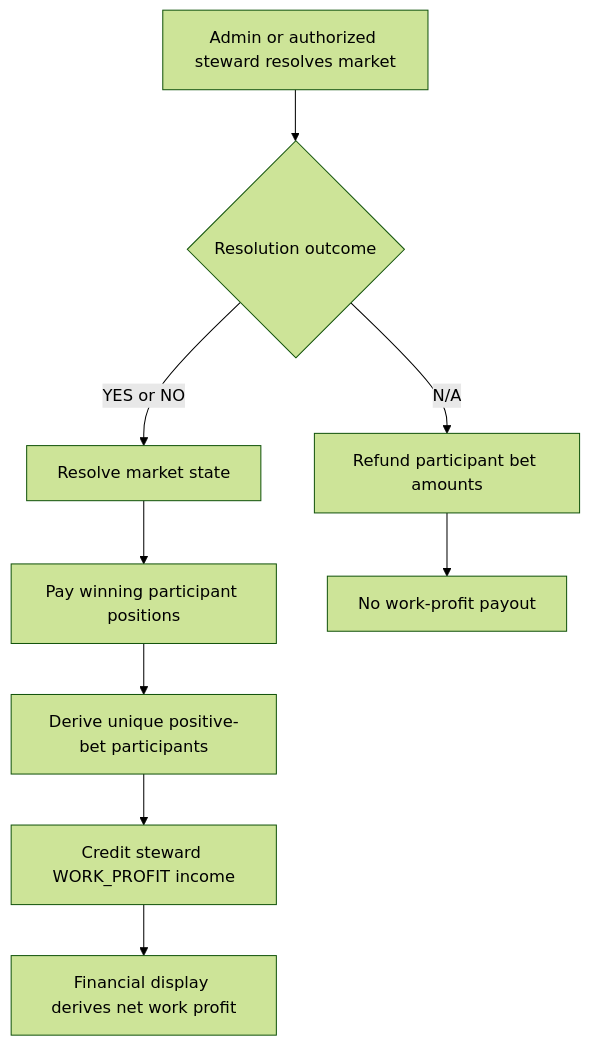
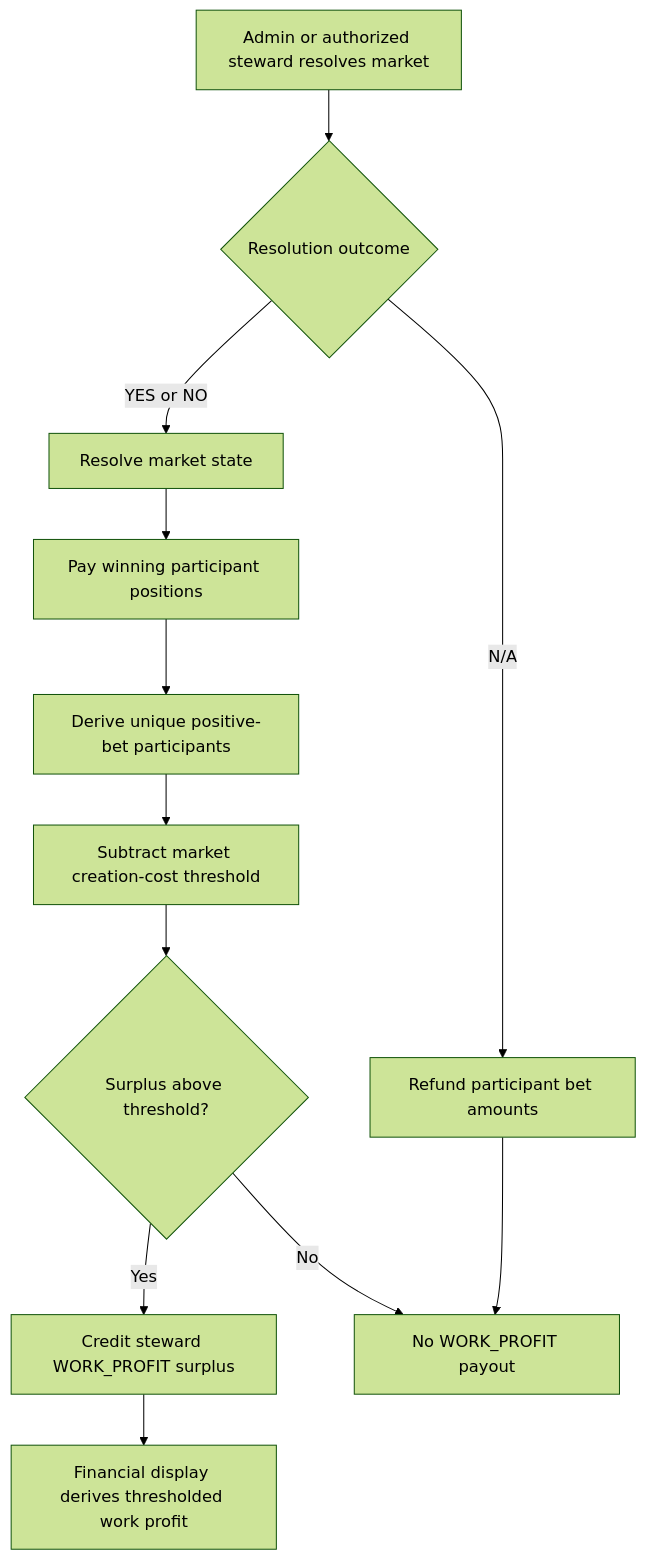
Before and after one commit to openpredictionmarkets/socialpredict: the diagram in README/PRODUCTION-NOTES/FEATURES/12/DESIGN.md, drawn with Mermaid (forest theme). The commit also changed other lines of this file and 10 other files, not shown here.

Commit message:
Threshold moderator work profit payouts

````diff
--- a/README/PRODUCTION-NOTES/FEATURES/12/DESIGN.md
+++ b/README/PRODUCTION-NOTES/FEATURES/12/DESIGN.md
@@ -35,11 +35,14 @@
 ```mermaid
 flowchart TD
   A[Admin or authorized steward resolves market] --> B{Resolution outcome}
   B -->|N/A| C[Refund participant bet amounts]
   B -->|YES or NO| D[Resolve market state]
   D --> E[Pay winning participant positions]
   E --> F[Derive unique positive-bet participants]
-  F --> G[Credit steward WORK_PROFIT income]
-  C --> H[No work-profit payout]
-  G --> I[Financial display derives net work profit]
+  F --> G[Subtract market creation-cost threshold]
+  G --> H{Surplus above threshold?}
+  H -->|Yes| I[Credit steward WORK_PROFIT surplus]
+  H -->|No| J[No WORK_PROFIT payout]
+  C --> J
+  I --> K[Financial display derives thresholded work profit]
 ```
````
